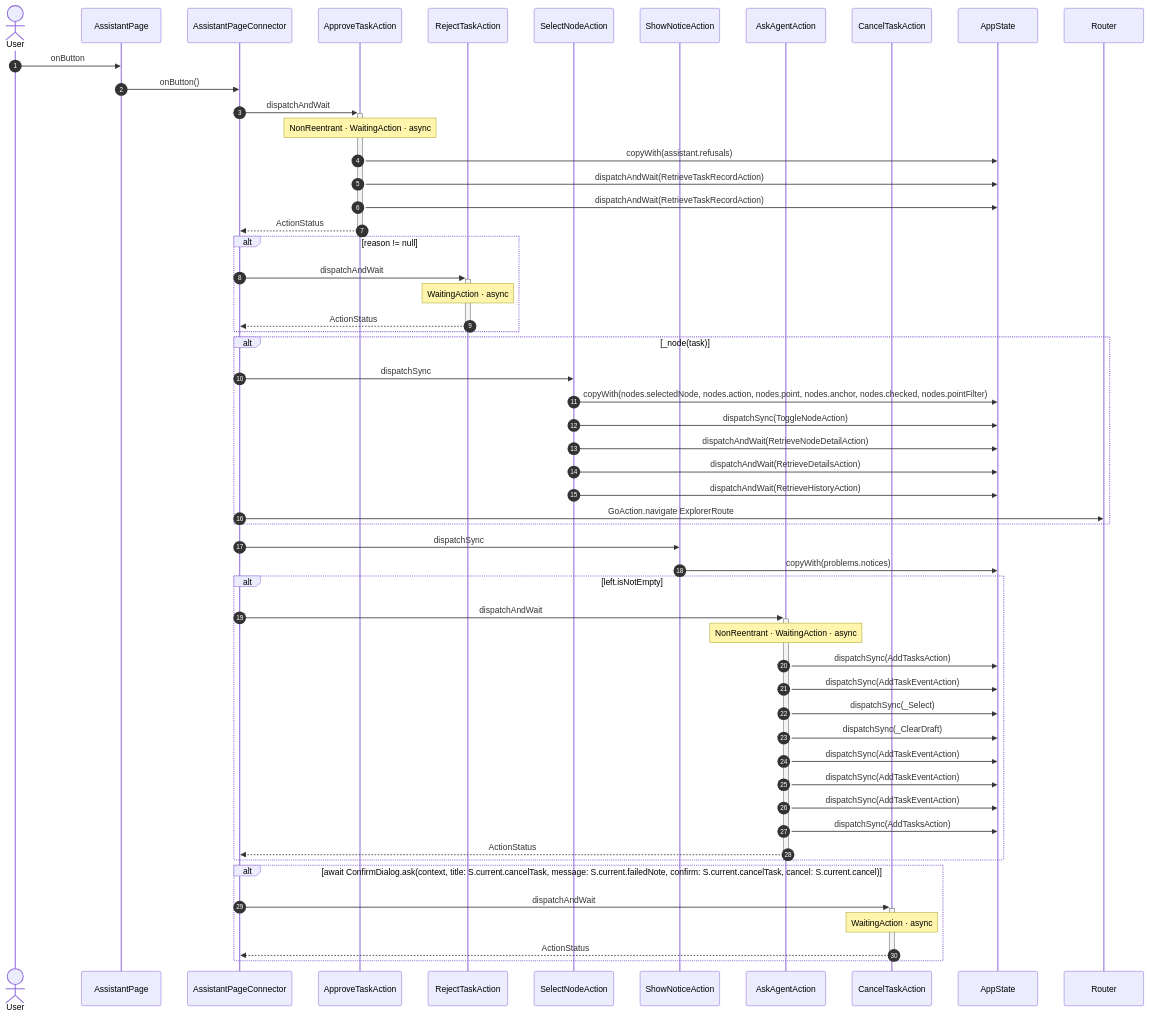
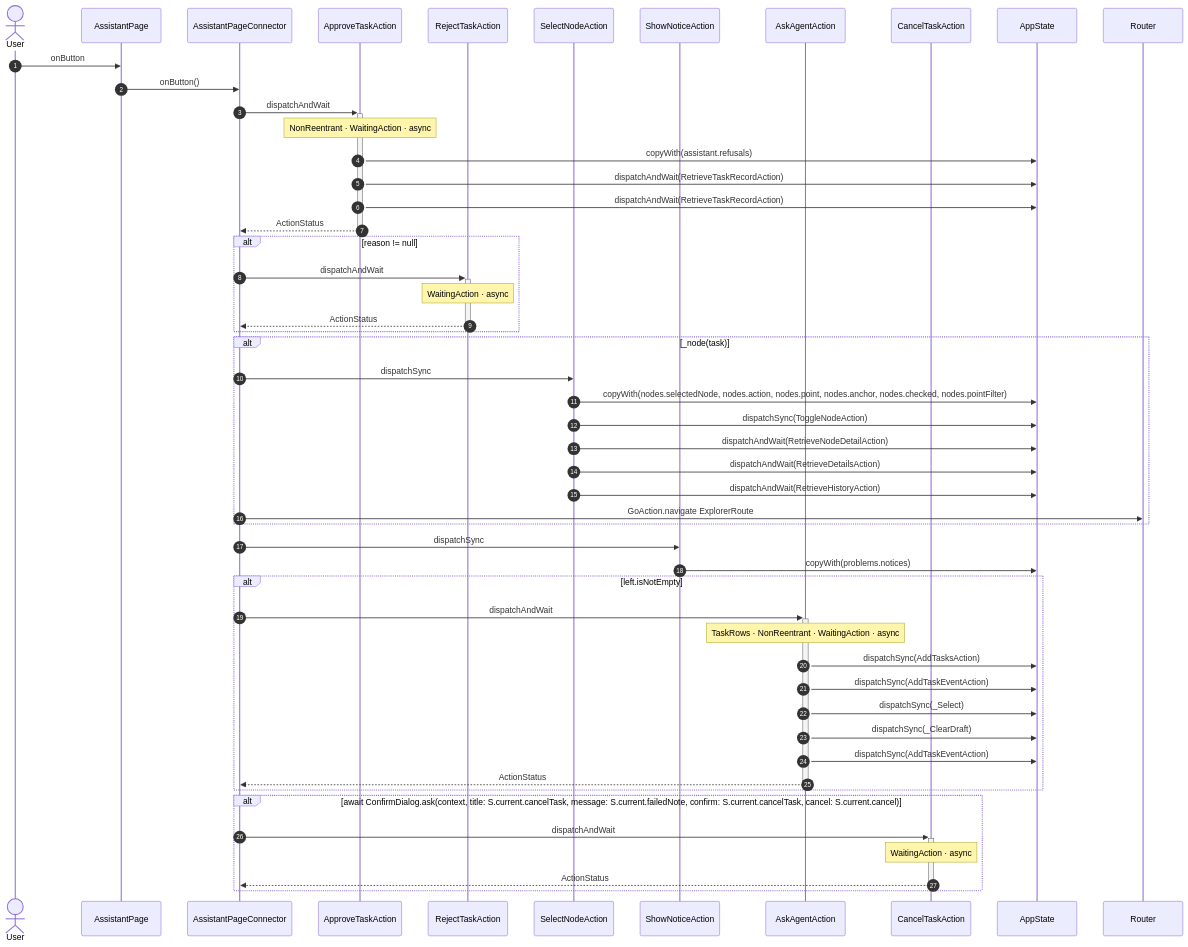
Diagram 12 of 12 in studio/docs/flows/assistant.md (gencto/wyrm), drawn with Mermaid before and after one commit. The commit also changed other lines of this file and 30 other files, not shown here.

````diff
--- a/studio/docs/flows/assistant.md
+++ b/studio/docs/flows/assistant.md
@@ -203,58 +236,55 @@
 ```mermaid
 sequenceDiagram
     autonumber
     actor User
     participant UI as AssistantPage
     participant VM as AssistantPageConnector
     participant A1 as ApproveTaskAction
     participant A2 as RejectTaskAction
     participant A3 as SelectNodeAction
     participant A4 as ShowNoticeAction
     participant A5 as AskAgentAction
     participant A6 as CancelTaskAction
     participant ST as AppState
     participant NAV as Router
 
     User->>UI: onButton
     UI->>VM: onButton()
     VM->>+A1: dispatchAndWait
     Note over A1: NonReentrant · WaitingAction · async
     A1->>ST: copyWith(assistant.refusals)
     A1->>ST: dispatchAndWait(RetrieveTaskRecordAction)
     A1->>ST: dispatchAndWait(RetrieveTaskRecordAction)
     A1-->>-VM: ActionStatus
     alt reason != null
         VM->>+A2: dispatchAndWait
         Note over A2: WaitingAction · async
         A2-->>-VM: ActionStatus
     end
     alt _node(task)
         VM->>A3: dispatchSync
         A3->>ST: copyWith(nodes.selectedNode, nodes.action, nodes.point, nodes.anchor, nodes.checked, nodes.pointFilter)
         A3->>ST: dispatchSync(ToggleNodeAction)
         A3->>ST: dispatchAndWait(RetrieveNodeDetailAction)
         A3->>ST: dispatchAndWait(RetrieveDetailsAction)
         A3->>ST: dispatchAndWait(RetrieveHistoryAction)
         VM->>NAV: GoAction.navigate ExplorerRoute
     end
     VM->>A4: dispatchSync
     A4->>ST: copyWith(problems.notices)
     alt left.isNotEmpty
         VM->>+A5: dispatchAndWait
-        Note over A5: NonReentrant · WaitingAction · async
+        Note over A5: TaskRows · NonReentrant · WaitingAction · async
         A5->>ST: dispatchSync(AddTasksAction)
         A5->>ST: dispatchSync(AddTaskEventAction)
         A5->>ST: dispatchSync(_Select)
         A5->>ST: dispatchSync(_ClearDraft)
         A5->>ST: dispatchSync(AddTaskEventAction)
-        A5->>ST: dispatchSync(AddTaskEventAction)
-        A5->>ST: dispatchSync(AddTaskEventAction)
-        A5->>ST: dispatchSync(AddTasksAction)
         A5-->>-VM: ActionStatus
     end
     alt await ConfirmDialog.ask(context, title: S.current.cancelTask, message: S.current.failedNote, confirm: S.current.cancelTask, cancel: S.current.cancel)
         VM->>+A6: dispatchAndWait
         Note over A6: WaitingAction · async
         A6-->>-VM: ActionStatus
     end
 ```
````
